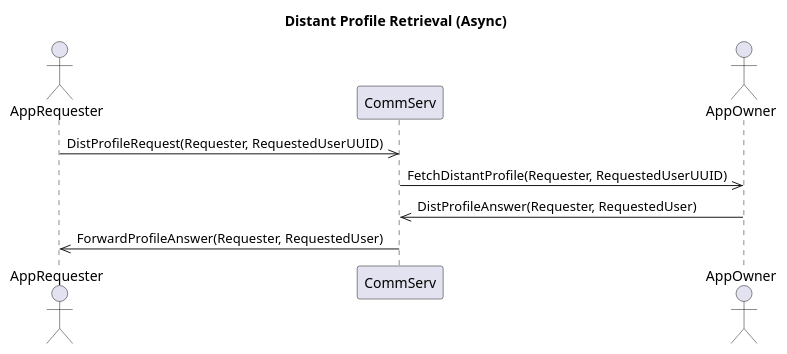
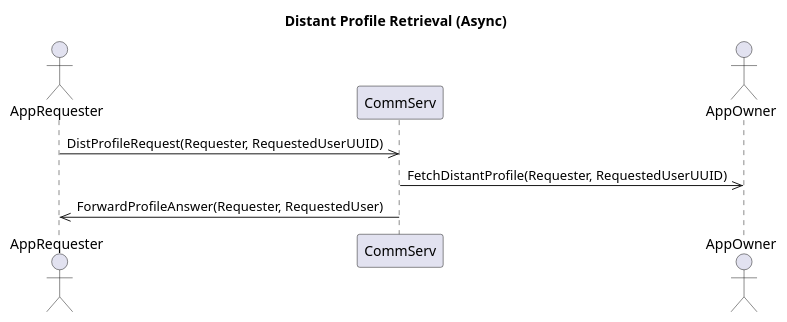
Before and after one commit to moha-tah/kanban-project: the diagram in diagrams/sequences/SeeProfile/DistantProfile_AsyncFlow.pu, drawn with PlantUML. The commit also changed 3 other files, not shown here.

Commit message:
chore(diagrams): add async distant profile flow and update related sequence diagrams

```diff
--- a/diagrams/sequences/SeeProfile/DistantProfile_AsyncFlow.pu
+++ b/diagrams/sequences/SeeProfile/DistantProfile_AsyncFlow.pu
@@ -1,13 +1,12 @@
 @startuml
 title Distant Profile Retrieval (Async)
 
 actor "AppRequester" as AppRequester
 participant "CommServ" as CommServer
 actor "AppOwner" as AppOwner
 
 AppRequester ->> CommServer : DistProfileRequest(Requester, RequestedUserUUID)
 CommServer ->> AppOwner : FetchDistantProfile(Requester, RequestedUserUUID)
-AppOwner ->> CommServer : DistProfileAnswer(Requester, RequestedUser)
 CommServer ->> AppRequester : ForwardProfileAnswer(Requester, RequestedUser)
 
 @enduml
```
